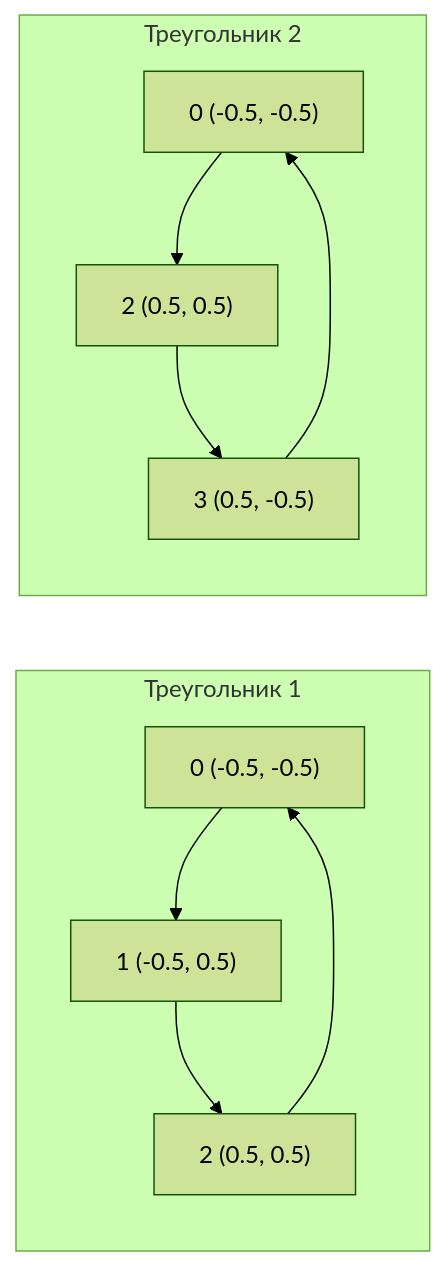
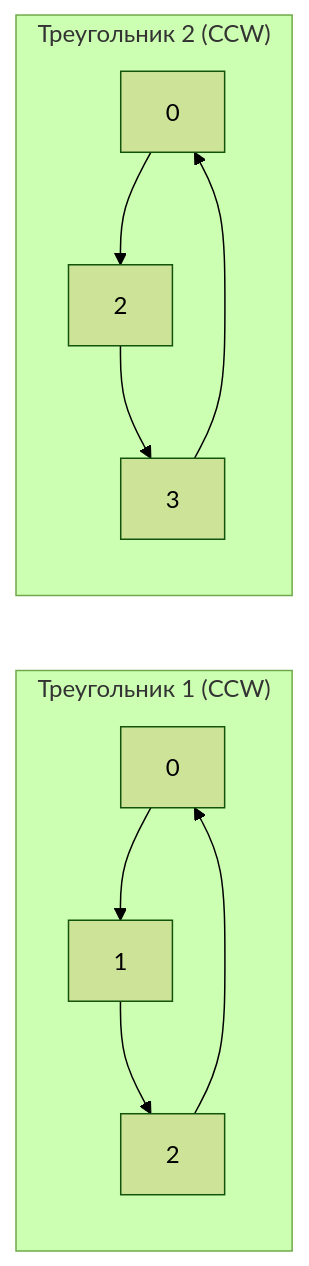
The second of 2 diagrams in docs/guide/gpu-data-model/vertex-buffers/index.md (Bromles/wgpu-tutorial), drawn with Mermaid (forest theme) before and after one commit. The commit also changed other lines of this file and 29 other files, not shown here.

````diff
--- a/docs/guide/gpu-data-model/vertex-buffers/index.md
+++ b/docs/guide/gpu-data-model/vertex-buffers/index.md
@@ -71,11 +79,11 @@
 ```mermaid
 flowchart LR
-    subgraph "Треугольник 1"
+    subgraph "Треугольник 1 (CCW)"
         direction TB
-        V1_0["0 (-0.5, -0.5)"] --> V1_1["1 (-0.5, 0.5)"] --> V1_2["2 (0.5, 0.5)"] --> V1_0
+        V1_0["0"] --> V1_1["1"] --> V1_2["2"] --> V1_0
     end
-    subgraph "Треугольник 2"
+    subgraph "Треугольник 2 (CCW)"
         direction TB
-        V2_0["0 (-0.5, -0.5)"] --> V2_2["2 (0.5, 0.5)"] --> V2_3["3 (0.5, -0.5)"] --> V2_0
+        V2_0["0"] --> V2_2["2"] --> V2_3["3"] --> V2_0
     end
 ```
````
